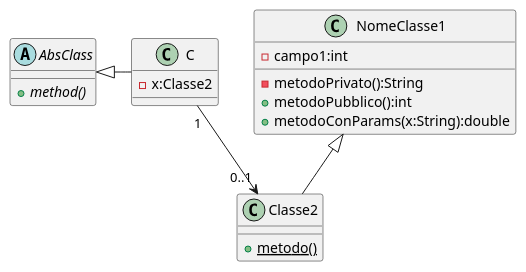
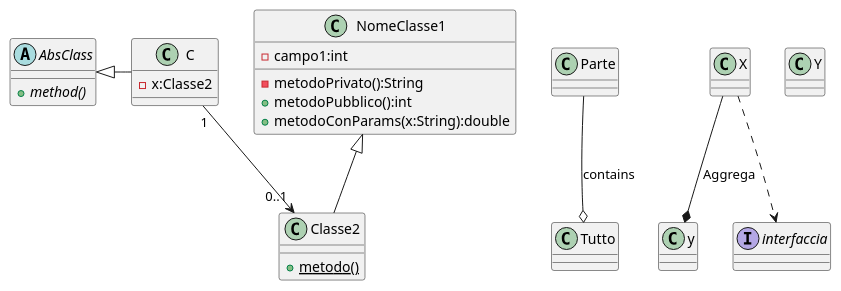
One commit to itsNikk/2425-ProgSW changed the diagram in ProgSWExamples/src/4BI/CD-Sintassi.puml. Above: the diagram before and after it, drawn with PlantUML.

```diff
--- a/ProgSWExamples/src/4BI/CD-Sintassi.puml
+++ b/ProgSWExamples/src/4BI/CD-Sintassi.puml
@@ -1,26 +1,43 @@
 @startuml
 class NomeClasse1 {
     -campo1:int
     -metodoPrivato():String
     +metodoPubblico():int
     +metodoConParams(x:String):double
 }
 
 class Classe2 {
     {static} +metodo()
 }
 
 abstract class AbsClass {
      {abstract} +method()
 }
 
 class C {
     -x:Classe2
 }
 
 NomeClasse1 <|-- Classe2
 AbsClass <|- C
 
 C "1" --> "0..1" Classe2
 
+'Aggregrazioni
+class Parte{}
+class Tutto{}
+
+Parte --o Tutto : contains
+
+'Composizioni
+class X{}
+class Y{}
+
+X --* y : Aggrega
+
+' interfacce
+interface interfaccia{
+}
+
+X ..> interfaccia
 @enduml
```
